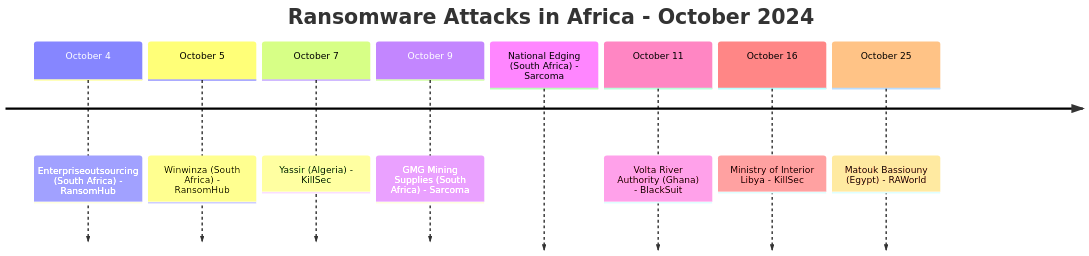
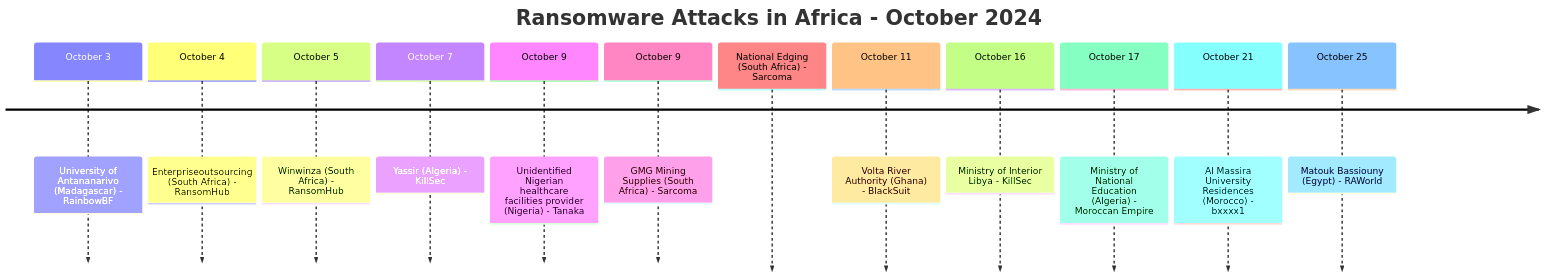
The first of 5 diagrams in CyberAttackAfrica/2024/10-october/README.md (Hatchepsoute/AFRINTEL), drawn with Mermaid before and after one commit. The commit also changed other lines of this file and 255 other files, not shown here.

````diff
--- a/CyberAttackAfrica/2024/10-october/README.md
+++ b/CyberAttackAfrica/2024/10-october/README.md
@@ -39,12 +43,16 @@
 ```mermaid
 timeline
     title Ransomware Attacks in Africa - October 2024
+    October 3 : University of Antananarivo (Madagascar) - RainbowBF
     October 4 : Enterpriseoutsourcing (South Africa) - RansomHub
     October 5 : Winwinza (South Africa) - RansomHub
     October 7 : Yassir (Algeria) - KillSec
+    October 9 : Unidentified Nigerian healthcare facilities provider (Nigeria) - Tanaka
     October 9 : GMG Mining Supplies (South Africa) - Sarcoma
                 National Edging (South Africa) - Sarcoma
     October 11 : Volta River Authority (Ghana) - BlackSuit
     October 16 : Ministry of Interior Libya - KillSec
+    October 17 : Ministry of National Education (Algeria) - Moroccan Empire
+    October 21 : Al Massira University Residences (Morocco) - bxxxx1
     October 25 : Matouk Bassiouny (Egypt) - RAWorld
 ```
````
